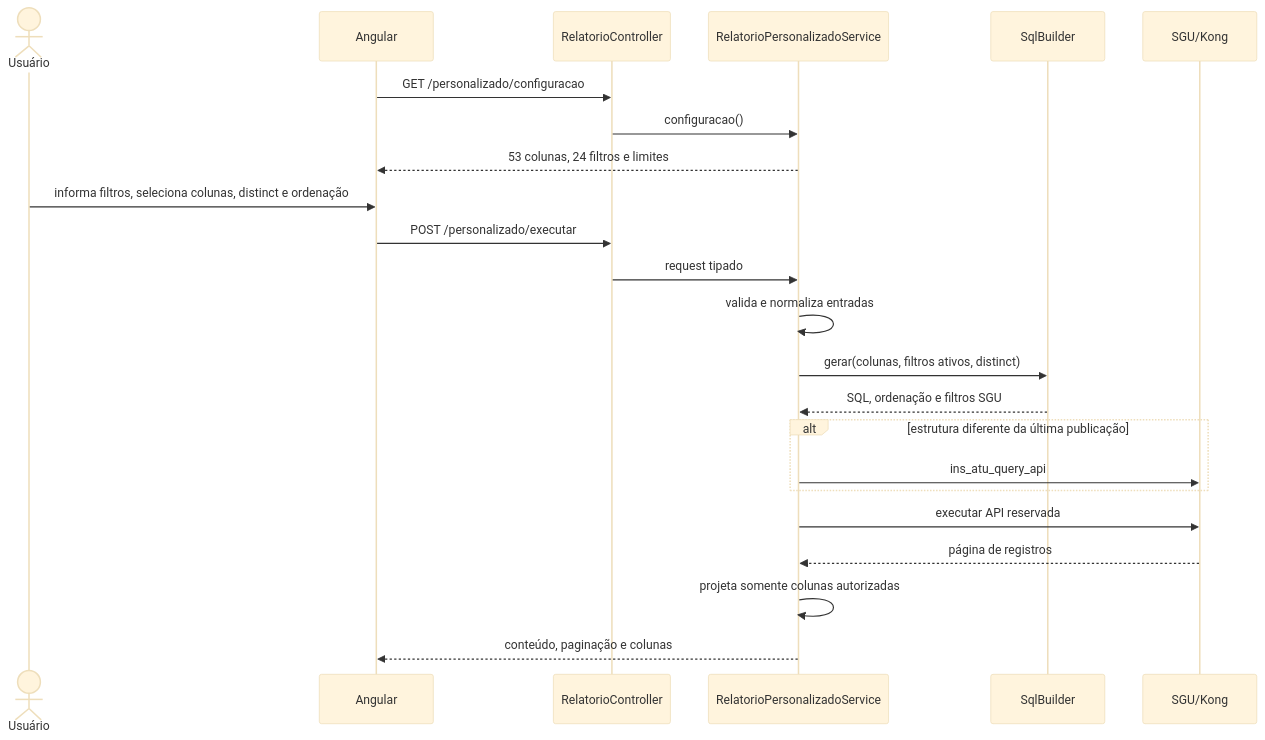
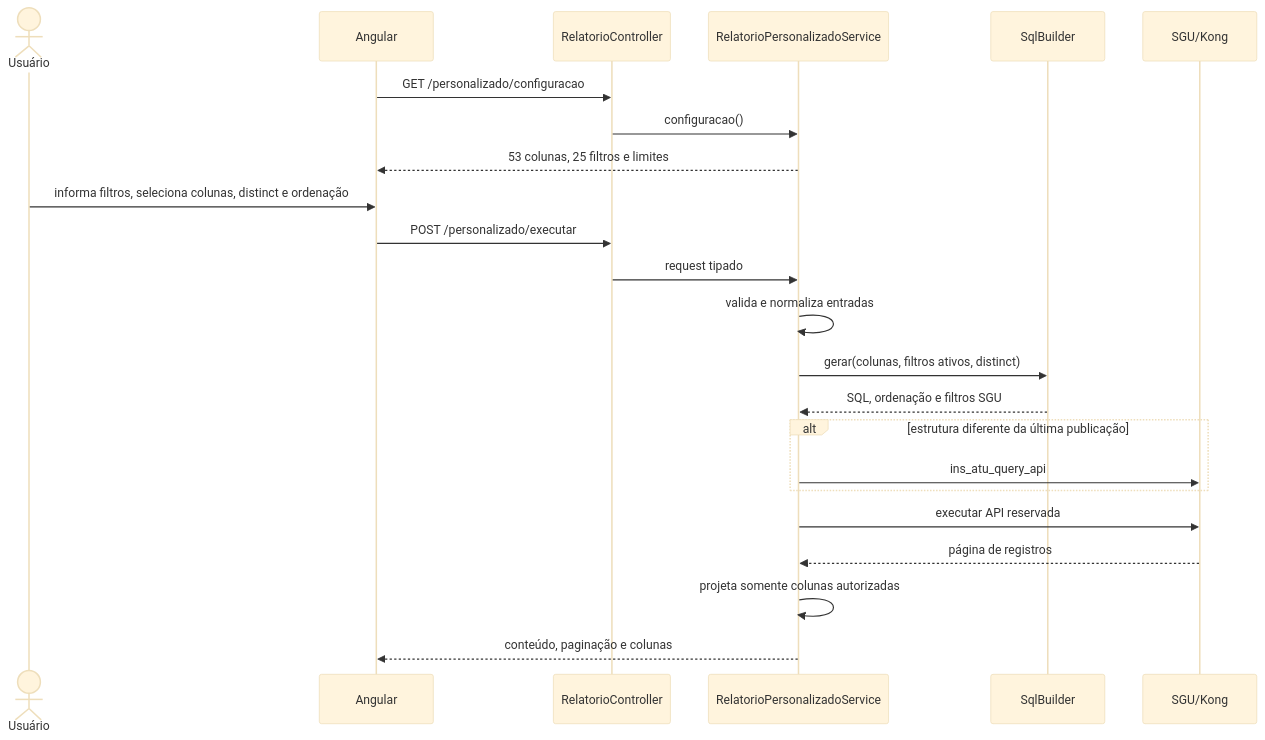
Before and after one commit to HeitorLeite/Unimed-Tools: the third of 4 diagrams in docs/ARQUITETURA.md, drawn with Mermaid (base theme). The commit also changed other lines of this file and 7 other files, not shown here.

````diff
--- a/docs/ARQUITETURA.md
+++ b/docs/ARQUITETURA.md
@@ -226,26 +226,26 @@
 ```mermaid
 sequenceDiagram
     actor U as Usuário
     participant F as Angular
     participant C as RelatorioController
     participant R as RelatorioPersonalizadoService
     participant Q as SqlBuilder
     participant S as SGU/Kong
 
     F->>C: GET /personalizado/configuracao
     C->>R: configuracao()
-    R-->>F: 53 colunas, 24 filtros e limites
+    R-->>F: 53 colunas, 25 filtros e limites
     U->>F: informa filtros, seleciona colunas, distinct e ordenação
     F->>C: POST /personalizado/executar
     C->>R: request tipado
     R->>R: valida e normaliza entradas
     R->>Q: gerar(colunas, filtros ativos, distinct)
     Q-->>R: SQL, ordenação e filtros SGU
     alt estrutura diferente da última publicação
         R->>S: ins_atu_query_api
     end
     R->>S: executar API reservada
     S-->>R: página de registros
     R->>R: projeta somente colunas autorizadas
     R-->>F: conteúdo, paginação e colunas
 ```
````
